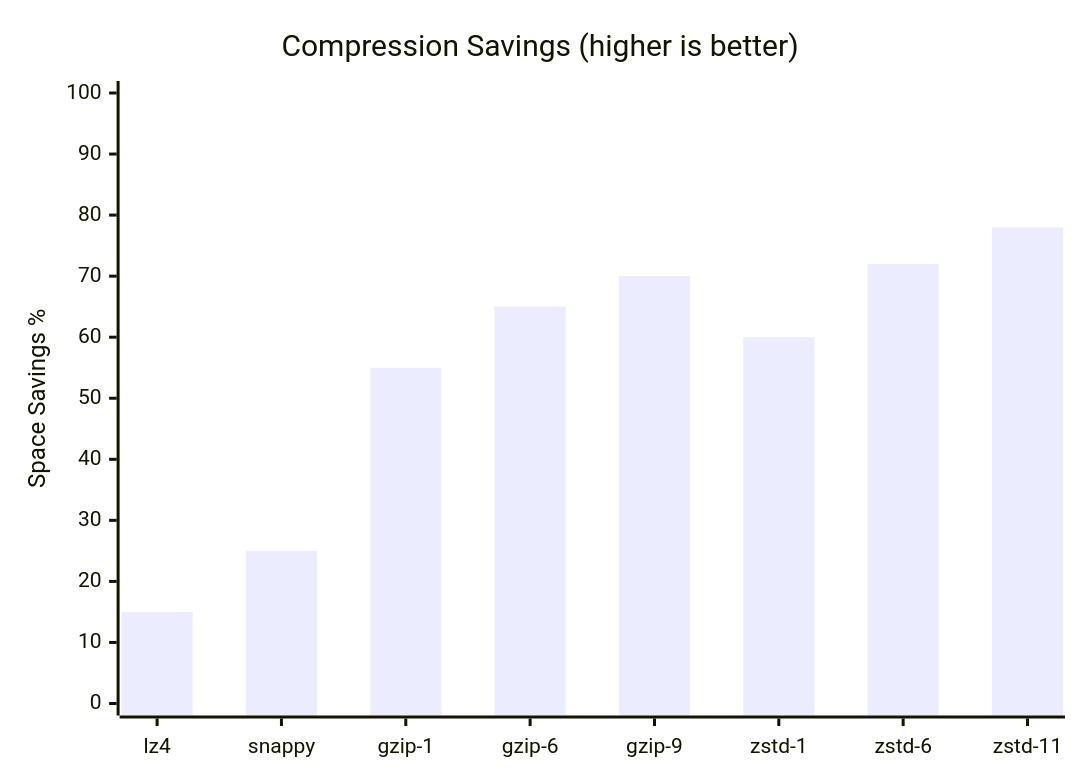
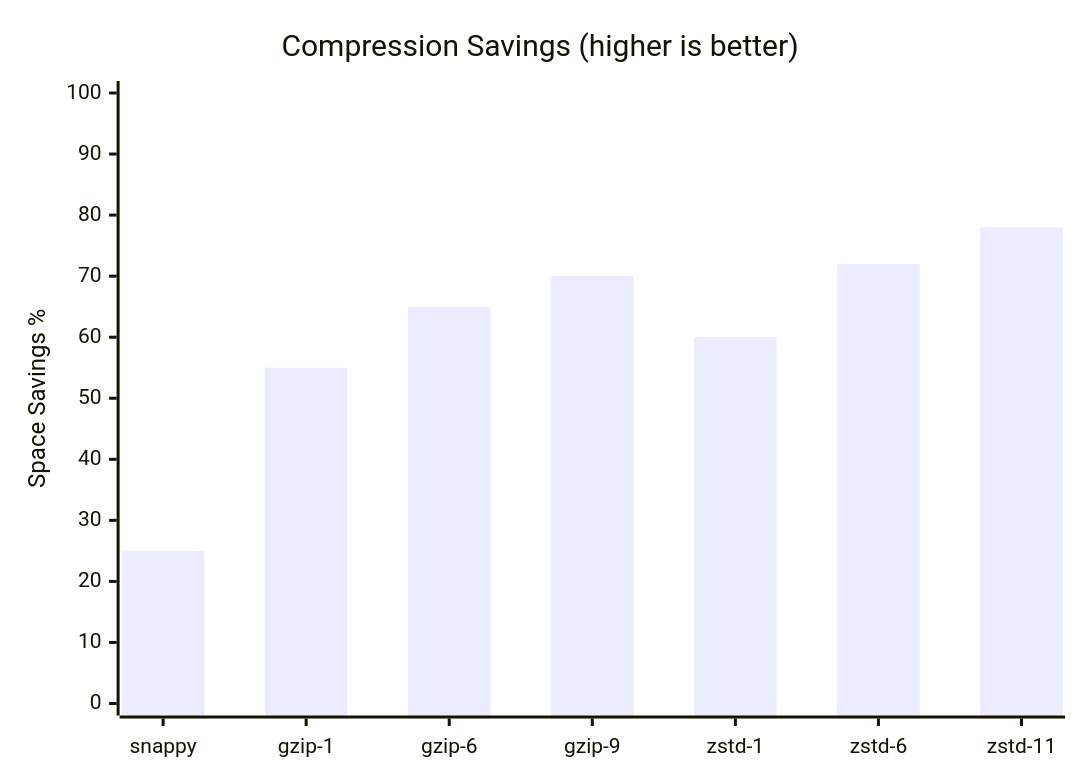
One commit to szibis/metrics-governor changed the second of 2 diagrams in docs/compression.md. Above: the diagram before and after it, drawn with Mermaid. The commit also changed other lines of this file and 16 other files, not shown here.

````diff
--- a/docs/compression.md
+++ b/docs/compression.md
@@ -41,7 +41,7 @@
 ```mermaid
 xychart-beta
     title "Compression Savings (higher is better)"
-    x-axis [lz4, snappy, gzip-1, gzip-6, gzip-9, zstd-1, zstd-6, zstd-11]
+    x-axis [snappy, gzip-1, gzip-6, gzip-9, zstd-1, zstd-6, zstd-11]
     y-axis "Space Savings %" 0 --> 100
-    bar [15, 25, 55, 65, 70, 60, 72, 78]
+    bar [25, 55, 65, 70, 60, 72, 78]
 ```
````
